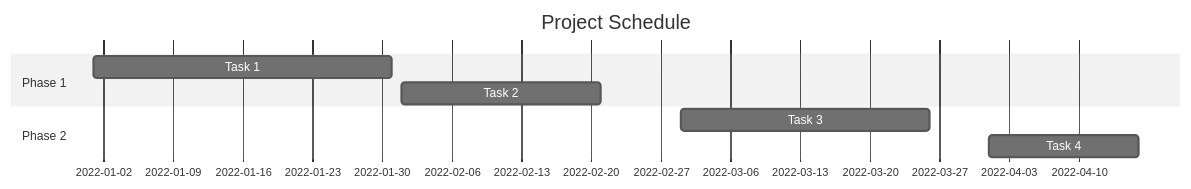
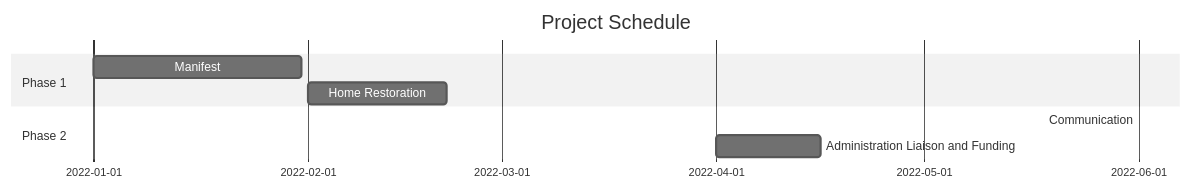
The second of 2 diagrams in Flowchart-Timeline.md (Yarema91/Blockscheme-), drawn with Mermaid (neutral theme) before and after one commit.

````diff
--- a/Flowchart-Timeline.md
+++ b/Flowchart-Timeline.md
@@ -48,11 +48,11 @@
 ```mermaid
 gantt
   title Project Schedule
   dateFormat YYYY-MM-DD
   section Phase 1
-    Task 1: 2022-01-01, 30d
-    Task 2: 2022-02-01, 20d
+    Manifest: 2022-01-01, 30d
+    Home Restoration: 2022-02-01, 20d
   section Phase 2
-    Task 3: 2022-03-01, 25d
-    Task 4: 2022-04-01, 15d
+    Communication :active,  des2,2022-06-01, 1yr
+    Administration Liaison and Funding: 2022-04-01, 15d
 ```
````
